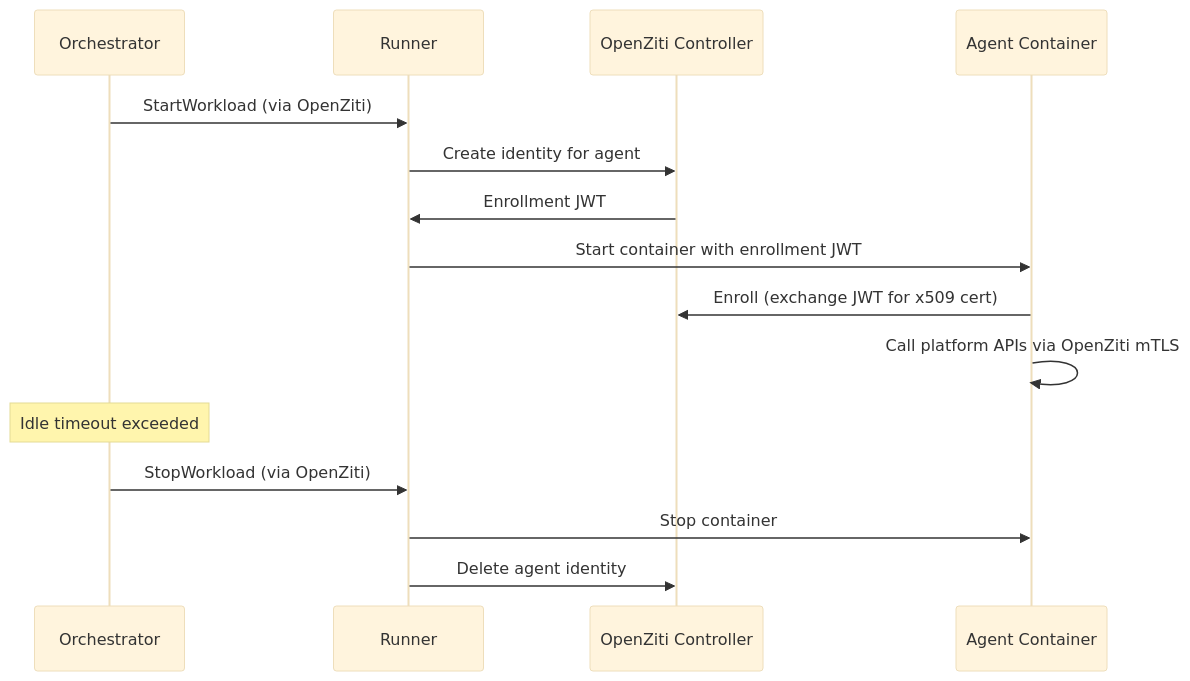
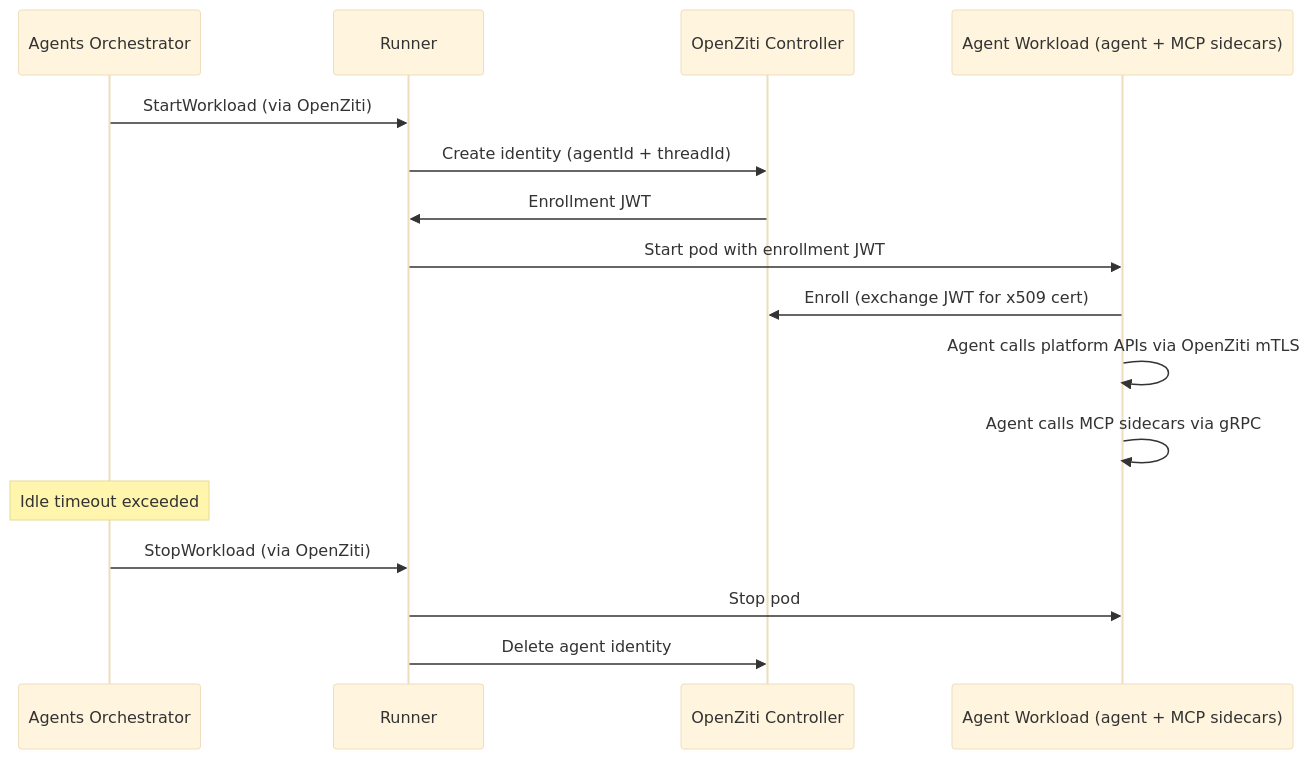
One commit to agynio/architecture changed the third of 4 diagrams in architecture/authn.md. Above: the diagram before and after it, drawn with Mermaid (base theme). The commit also changed other lines of this file and 11 other files, not shown here.

First line of the commit message:
MCP servers as sidecars, identity scoped to agentId+threadId (#35)

````diff
--- a/architecture/authn.md
+++ b/architecture/authn.md
@@ -94,19 +94,20 @@
 ```mermaid
 sequenceDiagram
-    participant O as Orchestrator
+    participant O as Agents Orchestrator
     participant R as Runner
     participant ZC as OpenZiti Controller
-    participant A as Agent Container
+    participant A as Agent Workload (agent + MCP sidecars)
 
     O->>R: StartWorkload (via OpenZiti)
-    R->>ZC: Create identity for agent
+    R->>ZC: Create identity (agentId + threadId)
     ZC->>R: Enrollment JWT
-    R->>A: Start container with enrollment JWT
+    R->>A: Start pod with enrollment JWT
     A->>ZC: Enroll (exchange JWT for x509 cert)
-    A->>A: Call platform APIs via OpenZiti mTLS
+    A->>A: Agent calls platform APIs via OpenZiti mTLS
+    A->>A: Agent calls MCP sidecars via gRPC
 
     Note over O: Idle timeout exceeded
     O->>R: StopWorkload (via OpenZiti)
-    R->>A: Stop container
+    R->>A: Stop pod
     R->>ZC: Delete agent identity
 ```
````
